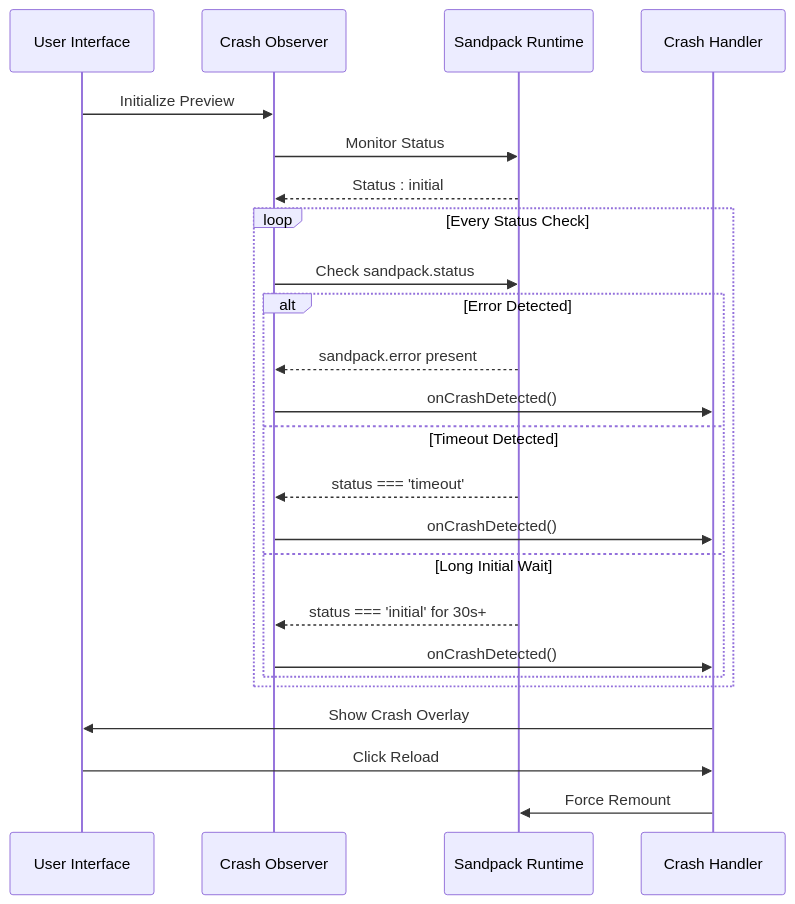
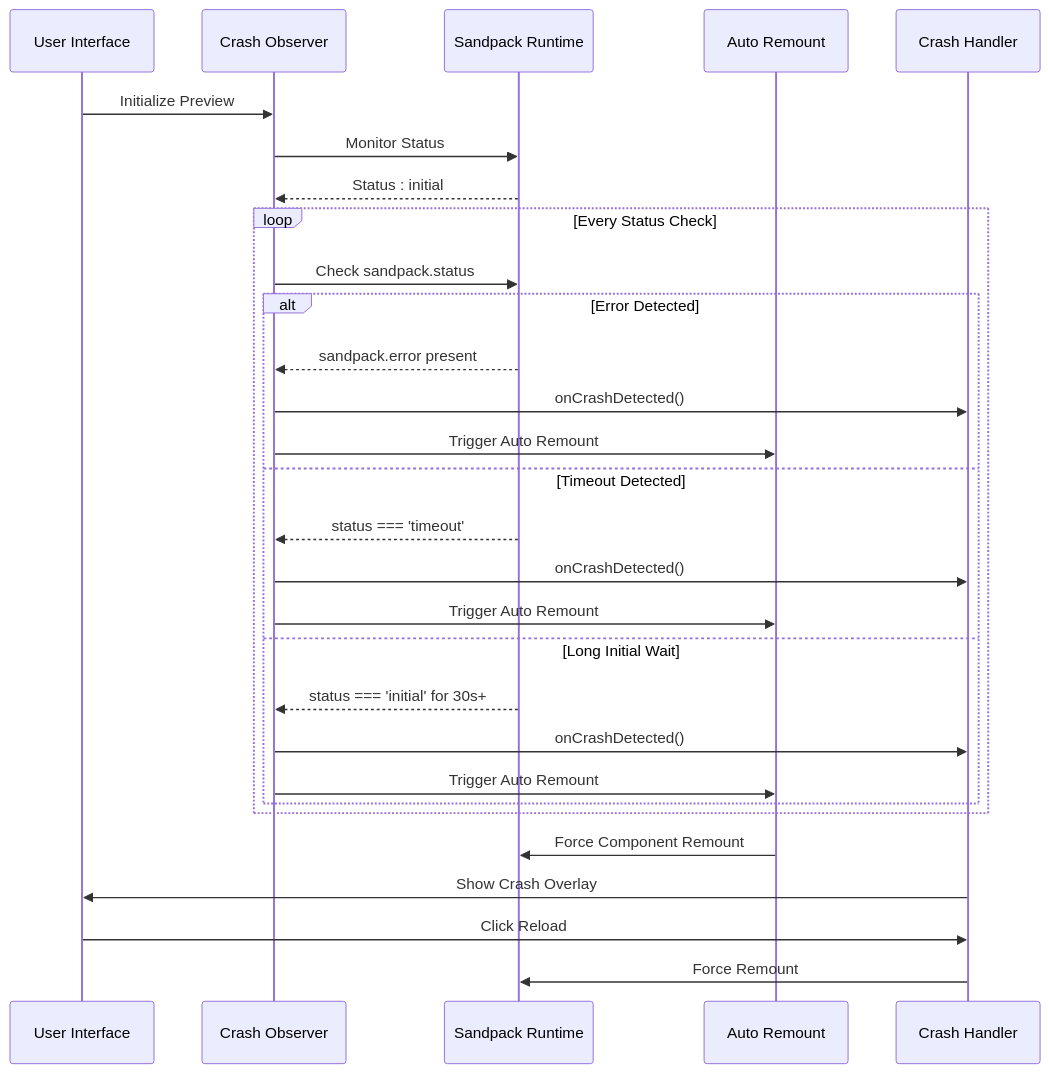
One commit to shekhargiri005-dotcom/AI-powered-accessibility-first-UI-engine changed the second of 11 diagrams in .qoder/repowiki/en/content/Sandbox Runtime Crash Handling.md. Above: the diagram before and after it, drawn with Mermaid. The commit also changed other lines of this file and 3 other files, not shown here.

````diff
--- a/.qoder/repowiki/en/content/Sandbox Runtime Crash Handling.md
+++ b/.qoder/repowiki/en/content/Sandbox Runtime Crash Handling.md
@@ -80,26 +90,31 @@
 ```mermaid
 sequenceDiagram
 participant User as User Interface
 participant Observer as Crash Observer
 participant Runtime as Sandpack Runtime
+participant AutoRemount as Auto Remount
 participant Handler as Crash Handler
 User->>Observer : Initialize Preview
 Observer->>Runtime : Monitor Status
 Runtime-->>Observer : Status : initial
 loop Every Status Check
 Observer->>Runtime : Check sandpack.status
 alt Error Detected
 Runtime-->>Observer : sandpack.error present
 Observer->>Handler : onCrashDetected()
+Observer->>AutoRemount : Trigger Auto Remount
 else Timeout Detected
 Runtime-->>Observer : status === 'timeout'
 Observer->>Handler : onCrashDetected()
+Observer->>AutoRemount : Trigger Auto Remount
 else Long Initial Wait
 Runtime-->>Observer : status === 'initial' for 30s+
 Observer->>Handler : onCrashDetected()
+Observer->>AutoRemount : Trigger Auto Remount
 end
 end
+AutoRemount->>Runtime : Force Component Remount
 Handler->>User : Show Crash Overlay
 User->>Handler : Click Reload
 Handler->>Runtime : Force Remount
 ```
````
